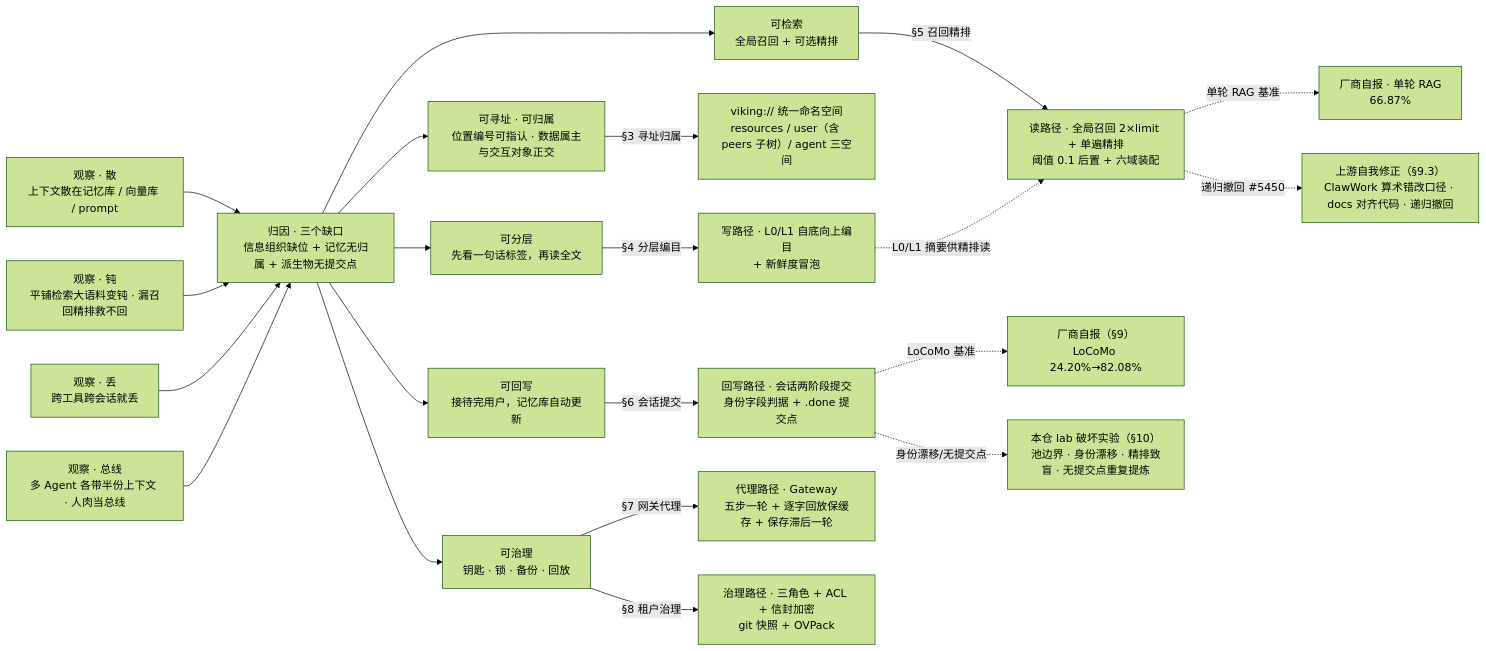
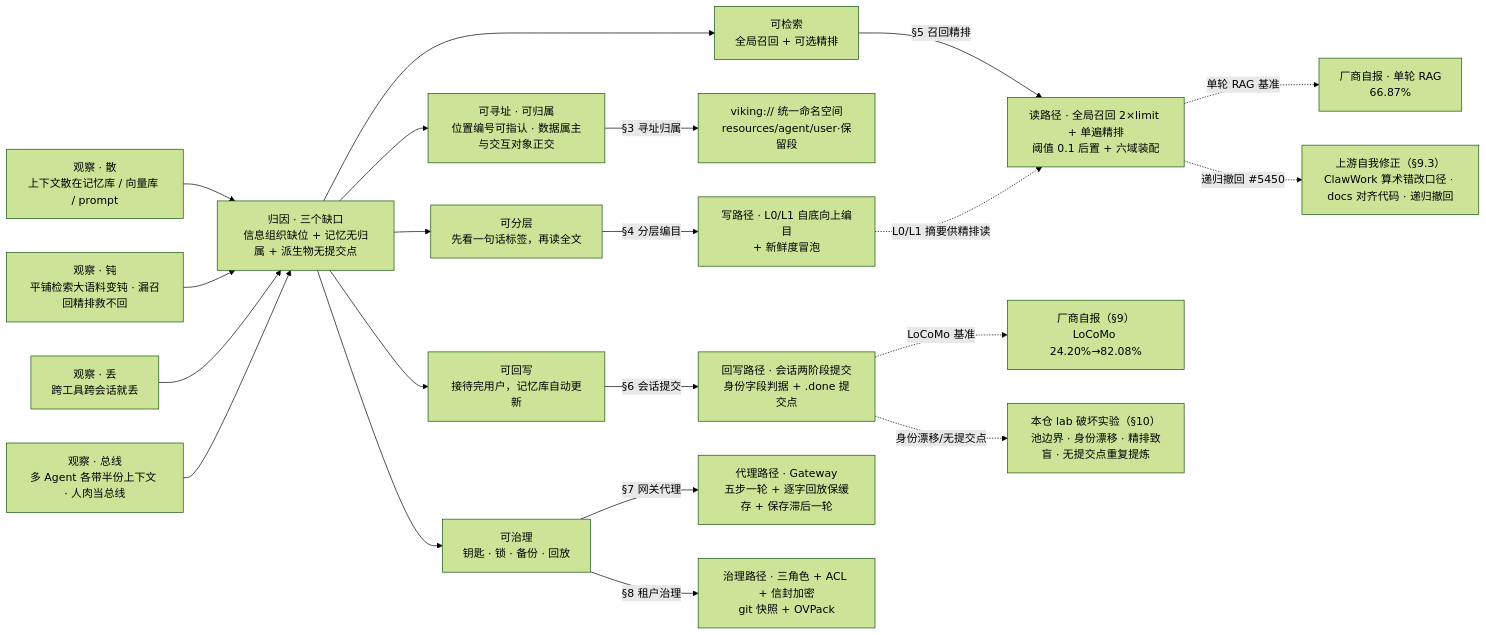
Before and after one commit to ThreeFish-AI/negentropy: the diagram in docs/assets/mermaid/cognitive-context/openviking--causal-chain.mmd, drawn with Mermaid (forest theme). The commit also changed 10 other files, not shown here.

First line of the commit message:
docs(cognitive-context): causal-chain 图树基座口径对齐 §3.1 保留段——resources/agent/user·保留段 + 卡片枚举 peers·privacy·sessions;

```diff
--- a/docs/assets/mermaid/cognitive-context/openviking--causal-chain.mmd
+++ b/docs/assets/mermaid/cognitive-context/openviking--causal-chain.mmd
@@ -1,46 +1,46 @@
 %% source: docs/research/cognitive-context/014-openviking.md §2.2（图 6）
 %% slug: openviking--causal-chain
 %% type: workflow
 %% derived: docs/assets/architecture/cognitive-context/openviking--causal-chain.html
 %% note: 列=因果五阶段（观察/归因/规格/机制/证据），泳道=机制谱系；可寻址与可归属同落 §3 树故合并一节点；lab 检索实验（精排致盲/池边界）属读路径，由证据节点文案承载（K2,2 平面性取舍不加独立边）
 flowchart LR
   OBS_S["观察 · 散<br/>上下文散在记忆库 / 向量库 / prompt"]
   OBS_F["观察 · 钝<br/>平铺检索大语料变钝 · 漏召回精排救不回"]
   OBS_L["观察 · 丢<br/>跨工具跨会话就丢"]
   OBS_B["观察 · 总线<br/>多 Agent 各带半份上下文 · 人肉当总线"]
   ATTR["归因 · 三个缺口<br/>信息组织缺位 + 记忆无归属 + 派生物无提交点"]
   SAO["可寻址 · 可归属<br/>位置编号可指认 · 数据属主与交互对象正交"]
   SL["可分层<br/>先看一句话标签，再读全文"]
   SS["可检索<br/>全局召回 + 可选精排"]
   SW["可回写<br/>接待完用户，记忆库自动更新"]
   SG["可治理<br/>钥匙 · 锁 · 备份 · 回放"]
-  TREE["viking:// 统一命名空间<br/>resources / user（含 peers 子树）/ agent 三空间"]
+  TREE["viking:// 统一命名空间<br/>resources/agent/user·保留段"]
   W["写路径 · L0/L1 自底向上编目<br/>+ 新鲜度冒泡"]
   R["读路径 · 全局召回 2×limit + 单遍精排<br/>阈值 0.1 后置 + 六域装配"]
   M["回写路径 · 会话两阶段提交<br/>身份字段判据 + .done 提交点"]
   G["代理路径 · Gateway<br/>五步一轮 + 逐字回放保缓存 + 保存滞后一轮"]
   V["治理路径 · 三角色 + ACL + 信封加密<br/>git 快照 + OVPack"]
   EV1["厂商自报（§9）<br/>LoCoMo 24.20%→82.08%"]
   EV_R["厂商自报 · 单轮 RAG<br/>66.87%<LightRAG 76.00% 负向仍在"]
   EV2["上游自我修正（§9.3）<br/>ClawWork 算术错改口径 · docs 对齐代码 · 递归撤回"]
   EV3["本仓 lab 破坏实验（§10）<br/>池边界 · 身份漂移 · 精排致盲 · 无提交点重复提炼"]
   OBS_S --> ATTR
   OBS_F --> ATTR
   OBS_L --> ATTR
   OBS_B --> ATTR
   ATTR --> SAO
   ATTR --> SL
   ATTR --> SS
   ATTR --> SW
   ATTR --> SG
   SAO -- "§3 寻址归属" --> TREE
   SL -- "§4 分层编目" --> W
   SS -- "§5 召回精排" --> R
   SW -- "§6 会话提交" --> M
   SG -- "§7 网关代理" --> G
   SG -- "§8 租户治理" --> V
   W -. "L0/L1 摘要供精排读" .-> R
   R -. "单轮 RAG 基准" .-> EV_R
   R -. "递归撤回 #5450" .-> EV2
   M -. "LoCoMo 基准" .-> EV1
   M -. "身份漂移/无提交点" .-> EV3
```
